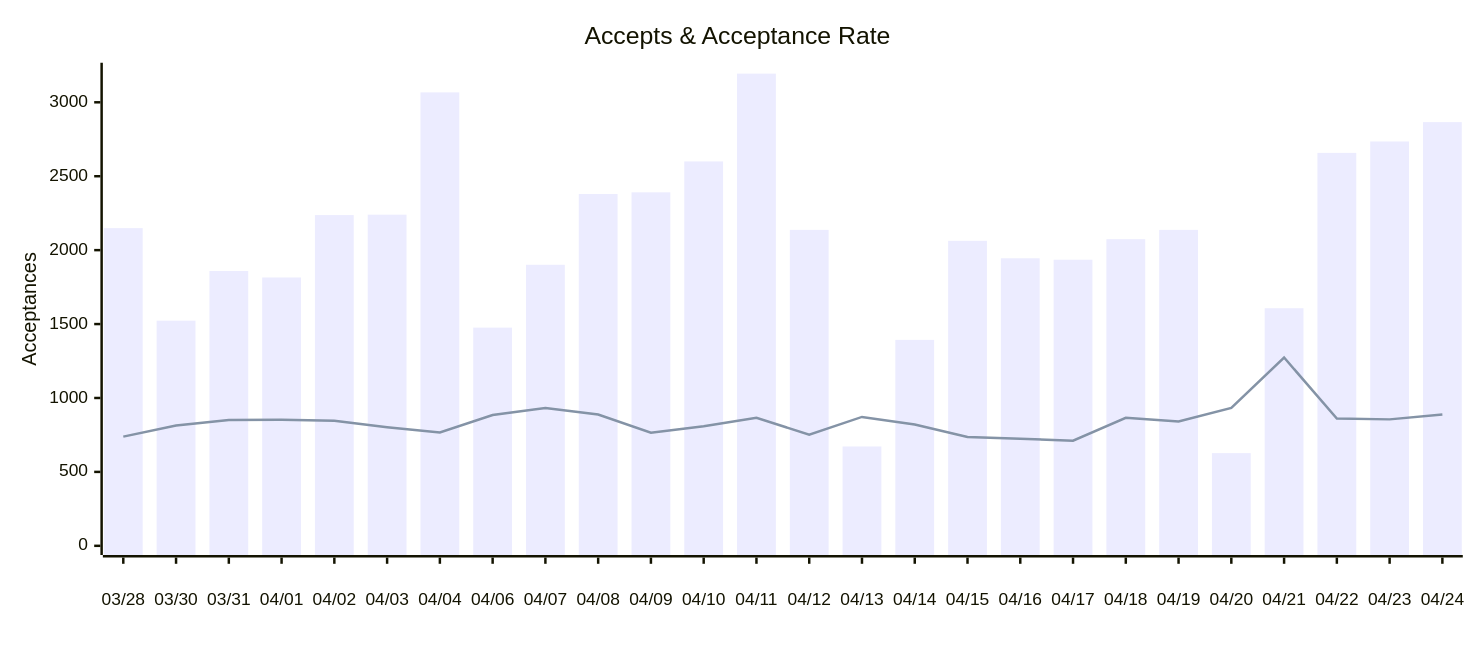
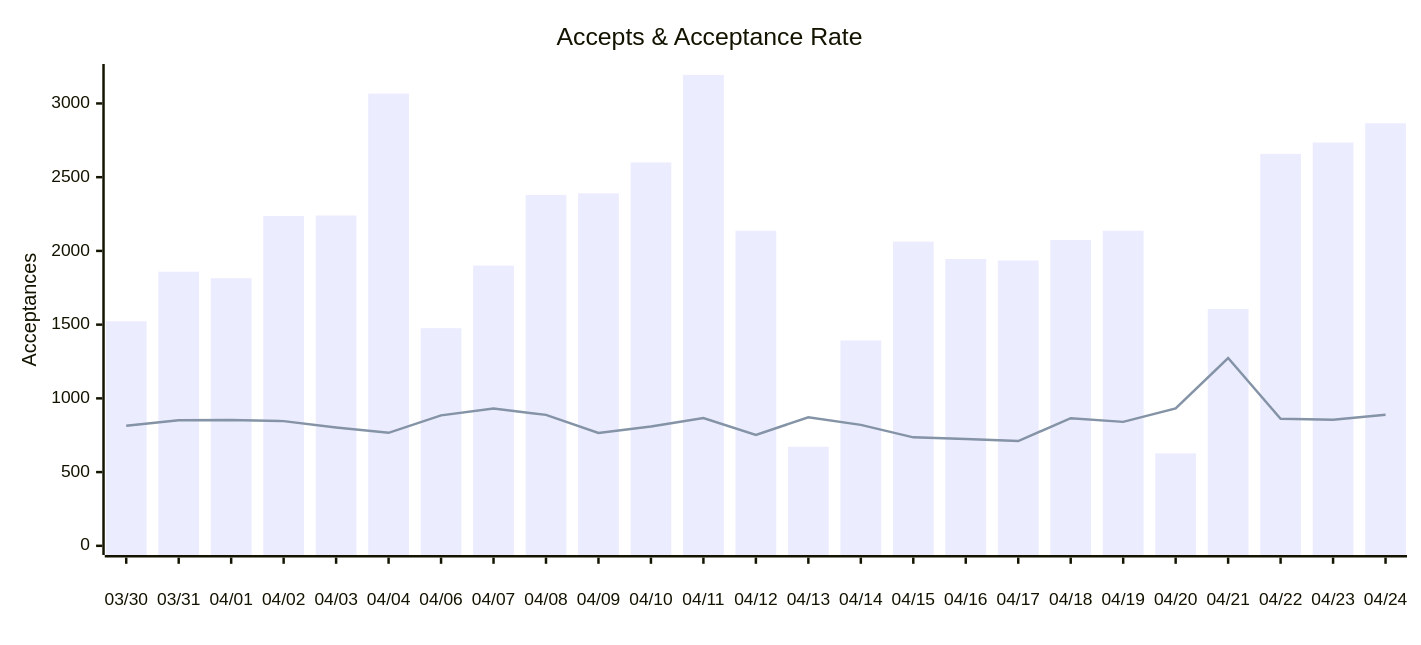
The first of 5 diagrams in README.md (austenstone/copilot-usage), drawn with Mermaid before and after one commit. The commit also changed other lines of this file and 2 other files, not shown here.

````diff
--- a/README.md
+++ b/README.md
@@ -118,19 +118,19 @@
 ```mermaid
 ---
 config:
     xyChart:
-        width: 1170
+        width: 1125
         height: 500
         xAxis:
             labelPadding: 20
     themeVariables:
         xyChart:
             backgroundColor: "transparent"
 ---
 xychart-beta
   title "Accepts & Acceptance Rate"
-  x-axis ["03/28", "03/30", "03/31", "04/01", "04/02", "04/03", "04/04", "04/06", "04/07", "04/08", "04/09", "04/10", "04/11", "04/12", "04/13", "04/14", "04/15", "04/16", "04/17", "04/18", "04/19", "04/20", "04/21", "04/22", "04/23", "04/24"]
+  x-axis ["03/30", "03/31", "04/01", "04/02", "04/03", "04/04", "04/06", "04/07", "04/08", "04/09", "04/10", "04/11", "04/12", "04/13", "04/14", "04/15", "04/16", "04/17", "04/18", "04/19", "04/20", "04/21", "04/22", "04/23", "04/24"]
   y-axis "Acceptances" 0 --> 3204
-  bar [2149, 1523, 1859, 1815, 2237, 2240, 3067, 1476, 1901, 2380, 2391, 2600, 3194, 2137, 672, 1393, 2063, 1945, 1935, 2074, 2137, 627, 1607, 2658, 2735, 2866]
-  line [738.3802680965147, 814.2319372601368, 851.499070764832, 852.8024637043554, 845.6050023596036, 802.5226434082522, 766.4509788628031, 884.7715622076707, 931.4580211041444, 888.0307441481309, 765.4640287769785, 808.6981846422677, 866.4445008890017, 751.9986820428336, 871.6955465587045, 820.4360294117646, 735.6540901502505, 724.3728931767988, 710.7348389315603, 865.4722584006253, 840.6320441988951, 932.2078886310904, 1273.5166955231264, 861.2694174757282, 855.2547335545579, 888.9316553727009]
+  bar [1523, 1859, 1815, 2237, 2240, 3067, 1476, 1901, 2380, 2391, 2600, 3194, 2137, 672, 1393, 2063, 1945, 1935, 2074, 2137, 627, 1607, 2658, 2735, 2866]
+  line [814.2319372601368, 851.499070764832, 852.8024637043554, 845.6050023596036, 802.5226434082522, 766.4509788628031, 884.7715622076707, 931.4580211041444, 888.0307441481309, 765.4640287769785, 808.6981846422677, 866.4445008890017, 751.9986820428336, 871.6955465587045, 820.4360294117646, 735.6540901502505, 724.3728931767988, 710.7348389315603, 865.4722584006253, 840.6320441988951, 932.2078886310904, 1273.5166955231264, 861.2694174757282, 855.2547335545579, 888.9316553727009]
 ```
````
